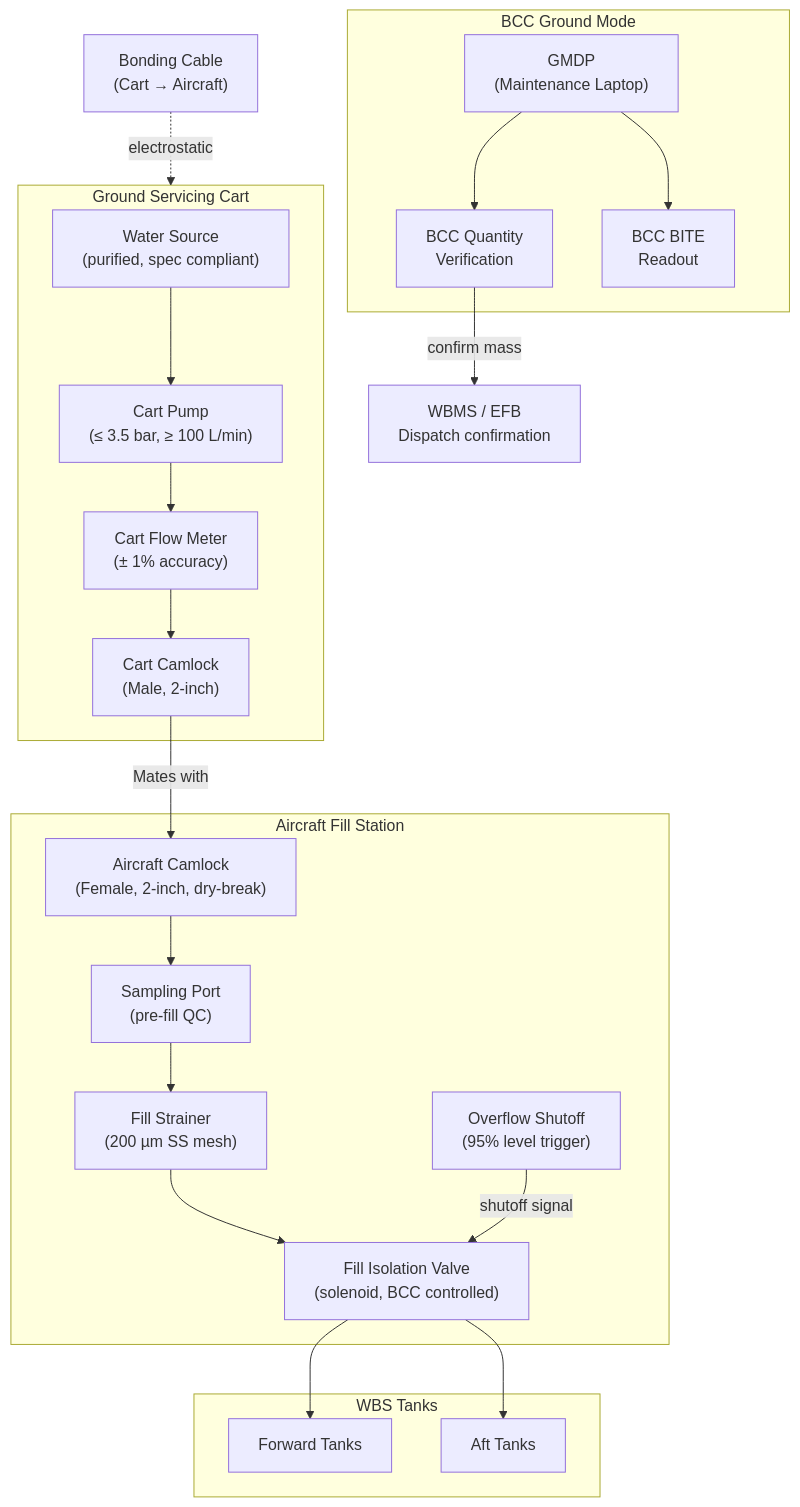
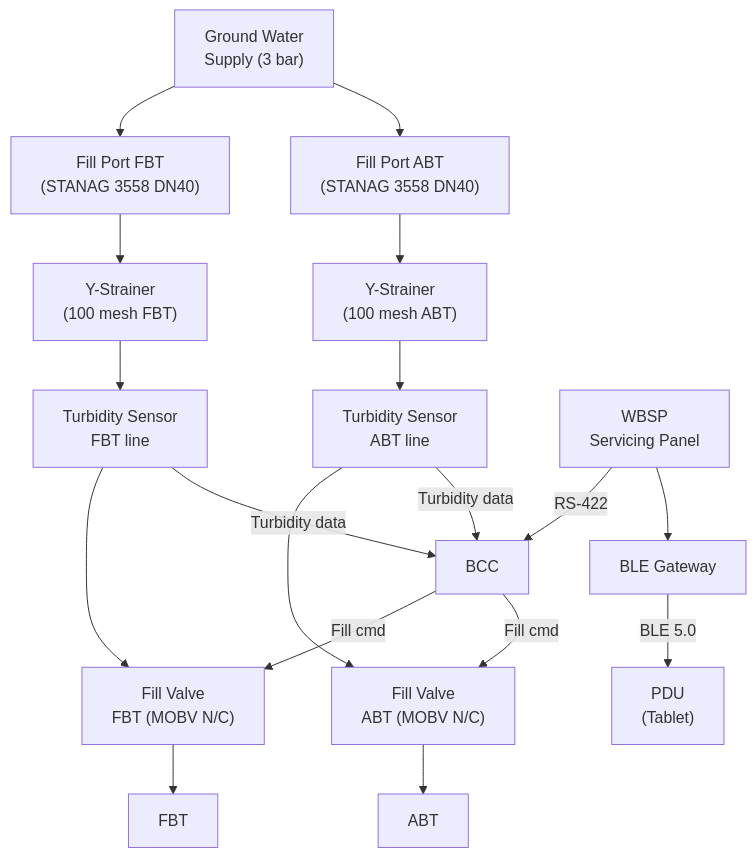
Before and after one commit to AmedeoPelliccia/Qplus-For-All-Queer-People-and-Quantum: the first of 3 diagrams in Q+ATLANTIDE/000-099_ATLAS/040-049_Avionica-Informacion-y-APU/041_Water-Ballast/041-070-Ballast-Servicing-and-Ground-Interfaces.md, drawn with Mermaid. The commit also changed other lines of this file and 9 other files, not shown here.

````diff
--- a/Q+ATLANTIDE/000-099_ATLAS/040-049_Avionica-Informacion-y-APU/041_Water-Ballast/041-070-Ballast-Servicing-and-Ground-Interfaces.md
+++ b/Q+ATLANTIDE/000-099_ATLAS/040-049_Avionica-Informacion-y-APU/041_Water-Ballast/041-070-Ballast-Servicing-and-Ground-Interfaces.md
@@ -71,43 +118,39 @@
 ```mermaid
-flowchart TD
-    subgraph CART["Ground Servicing Cart"]
-        WATER_SOURCE["Water Source\n(purified, spec compliant)"]
-        CART_PUMP["Cart Pump\n(≤ 3.5 bar, ≥ 100 L/min)"]
-        CART_METER["Cart Flow Meter\n(± 1% accuracy)"]
-        CART_CAMLOCK["Cart Camlock\n(Male, 2-inch)"]
-    end
+graph TB
+    SUPPLY["Ground Water
+Supply (3 bar)"]
+    COUP_F["Fill Port FBT
+(STANAG 3558 DN40)"]
+    COUP_A["Fill Port ABT
+(STANAG 3558 DN40)"]
+    STR_F["Y-Strainer
+(100 mesh FBT)"]
+    STR_A["Y-Strainer
+(100 mesh ABT)"]
+    TURB_F["Turbidity Sensor
+FBT line"]
+    TURB_A["Turbidity Sensor
+ABT line"]
+    FV_F["Fill Valve
+FBT (MOBV N/C)"]
+    FV_A["Fill Valve
+ABT (MOBV N/C)"]
+    FBT["FBT"]
+    ABT["ABT"]
+    WBSP["WBSP
+Servicing Panel"]
+    BCC["BCC"]
+    PDU["PDU
+(Tablet)"]
+    BLE["BLE Gateway"]
 
-    subgraph AIRCRAFT_PORT["Aircraft Fill Station"]
-        SAMPLE_P["Sampling Port\n(pre-fill QC)"]
-        STRAINER["Fill Strainer\n(200 µm SS mesh)"]
-        AC_CAMLOCK["Aircraft Camlock\n(Female, 2-inch, dry-break)"]
-        FILL_VALVE["Fill Isolation Valve\n(solenoid, BCC controlled)"]
-        OVERFLOW["Overflow Shutoff\n(95% level trigger)"]
-    end
-
-    subgraph BCC_GND["BCC Ground Mode"]
-        GMDP["GMDP\n(Maintenance Laptop)"]
-        BCC_QTY["BCC Quantity\nVerification"]
-        BCC_BITE["BCC BITE\nReadout"]
-    end
-
-    subgraph TANKS["WBS Tanks"]
-        FWD_T["Forward Tanks"]
-        AFT_T["Aft Tanks"]
-    end
-
-    BOND["Bonding Cable\n(Cart → Aircraft)"] -.->|electrostatic| CART
-    WATER_SOURCE --> CART_PUMP
-    CART_PUMP --> CART_METER
-    CART_METER --> CART_CAMLOCK
-    CART_CAMLOCK -->|Mates with| AC_CAMLOCK
-    AC_CAMLOCK --> SAMPLE_P
-    SAMPLE_P --> STRAINER
-    STRAINER --> FILL_VALVE
-    FILL_VALVE --> FWD_T
-    FILL_VALVE --> AFT_T
-    OVERFLOW -->|shutoff signal| FILL_VALVE
-    GMDP --> BCC_QTY
-    GMDP --> BCC_BITE
-    BCC_QTY -->|confirm mass| WBMS["WBMS / EFB\nDispatch confirmation"]
+    SUPPLY --> COUP_F --> STR_F --> TURB_F --> FV_F --> FBT
+    SUPPLY --> COUP_A --> STR_A --> TURB_A --> FV_A --> ABT
+    WBSP -->|RS-422| BCC
+    BCC -->|Fill cmd| FV_F
+    BCC -->|Fill cmd| FV_A
+    TURB_F -->|Turbidity data| BCC
+    TURB_A -->|Turbidity data| BCC
+    BLE -->|BLE 5.0| PDU
+    WBSP --> BLE
 ```
````
